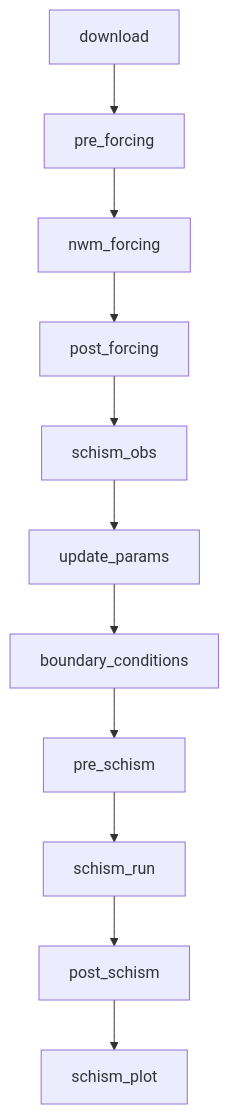
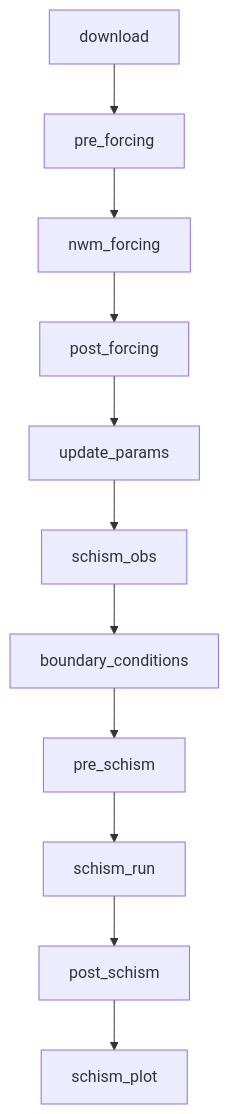
One commit to NGWPC/nwm-coastal changed the first of 2 diagrams in docs/user-guide/workflow-stages.md. Above: the diagram before and after it, drawn with Mermaid. The commit also changed other lines of this file and 1 other file, not shown here.

````diff
--- a/docs/user-guide/workflow-stages.md
+++ b/docs/user-guide/workflow-stages.md
@@ -9,13 +9,13 @@
 ```mermaid
 flowchart TD
     A[download] --> B[pre_forcing]
     B --> C[nwm_forcing]
     C --> D[post_forcing]
-    D --> E[schism_obs]
-    E --> F[update_params]
+    D --> E[update_params]
+    E --> F[schism_obs]
     F --> G[boundary_conditions]
     G --> H[pre_schism]
     H --> I[schism_run]
     I --> J[post_schism]
     J --> K[schism_plot]
 ```
````
